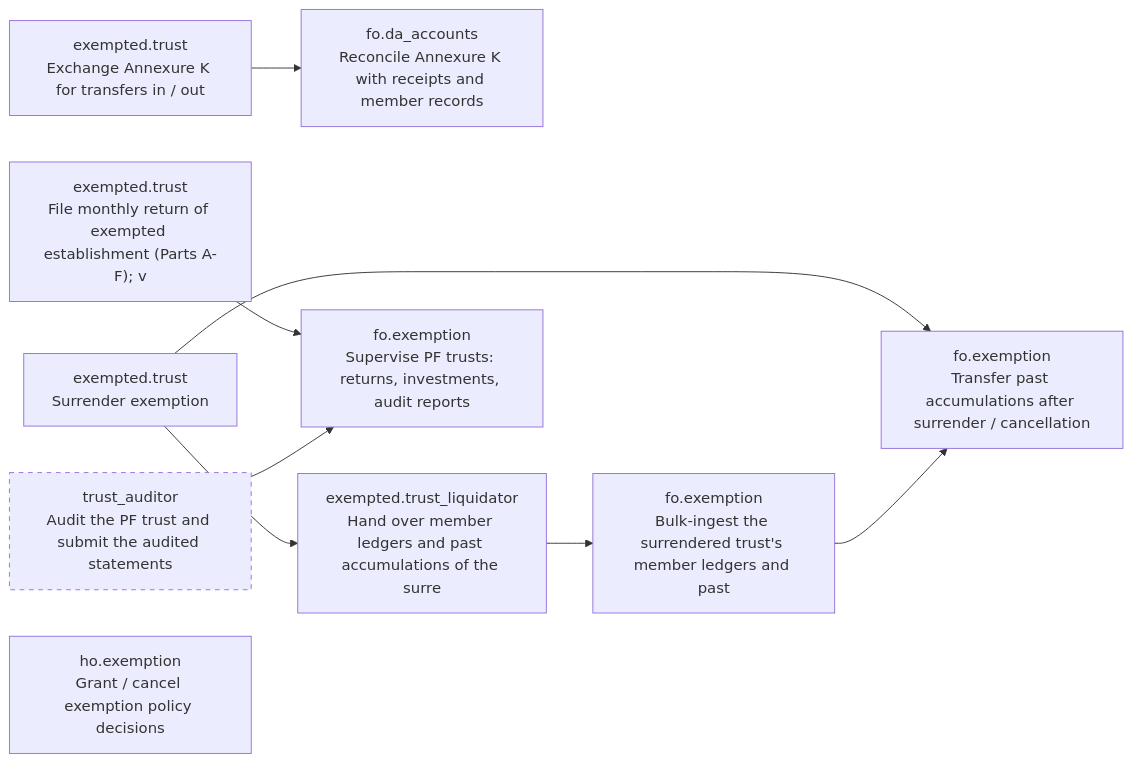
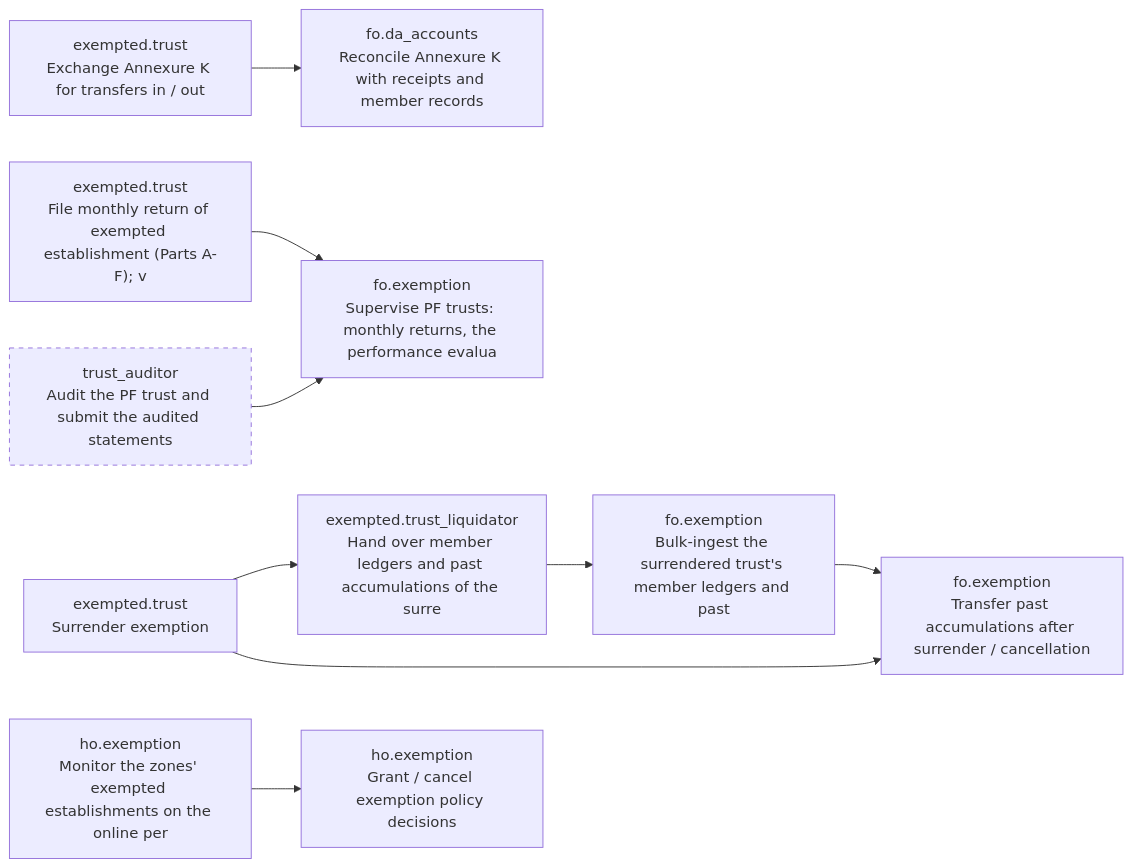
The ninth of 14 diagrams in docs/stakeholder-api-sets.md (gauravmeena0708/pf-life), drawn with Mermaid before and after one commit. The commit also changed other lines of this file and 49 other files, not shown here.

First line of the commit message:
P2.9d: regulating the exempted trust — monthly online return, performance evaluator, priority matrix

````diff
--- a/docs/stakeholder-api-sets.md
+++ b/docs/stakeholder-api-sets.md
@@ -1833,21 +1837,23 @@
 ```mermaid
 flowchart LR
   F09_returns["exempted.trust<br/>File monthly return of exempted establishment (Parts A-F); v"]
   F09_annexure_k["exempted.trust<br/>Exchange Annexure K for transfers in / out"]
   F09_annexure_k_reconcile["fo.da_accounts<br/>Reconcile Annexure K with receipts and member records"]
   F09_audit["trust_auditor<br/>Audit the PF trust and submit the audited statements"]
   style F09_audit stroke-dasharray: 5 5
   F09_surrender["exempted.trust<br/>Surrender exemption"]
   F09_trust_handover["exempted.trust_liquidator<br/>Hand over member ledgers and past accumulations of the surre"]
   F09_ingest["fo.exemption<br/>Bulk-ingest the surrendered trust's member ledgers and past "]
   F09_past_accum["fo.exemption<br/>Transfer past accumulations after surrender / cancellation"]
-  F09_supervise["fo.exemption<br/>Supervise PF trusts: returns, investments, audit reports"]
+  F09_supervise["fo.exemption<br/>Supervise PF trusts: monthly returns, the performance evalua"]
   F09_ho["ho.exemption<br/>Grant / cancel exemption policy decisions"]
+  F09_ho_monitor["ho.exemption<br/>Monitor the zones' exempted establishments on the online per"]
   F09_returns --> F09_supervise
   F09_annexure_k --> F09_annexure_k_reconcile
   F09_audit --> F09_supervise
   F09_surrender --> F09_trust_handover
   F09_surrender --> F09_past_accum
   F09_trust_handover --> F09_ingest
   F09_ingest --> F09_past_accum
+  F09_ho_monitor --> F09_ho
 ```
````
